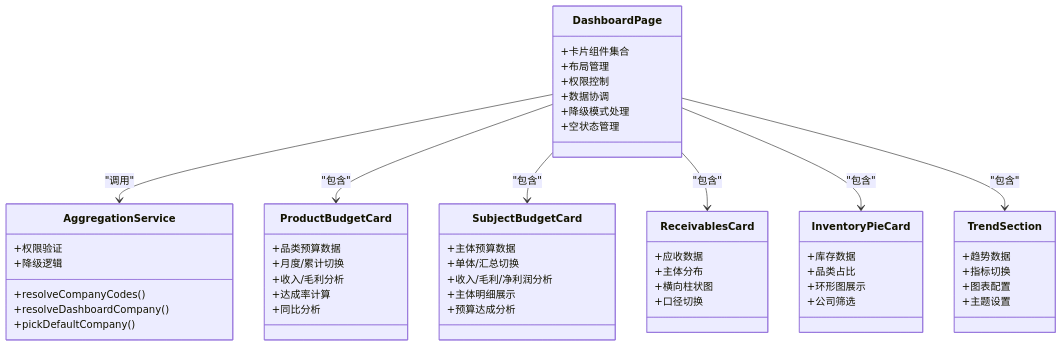
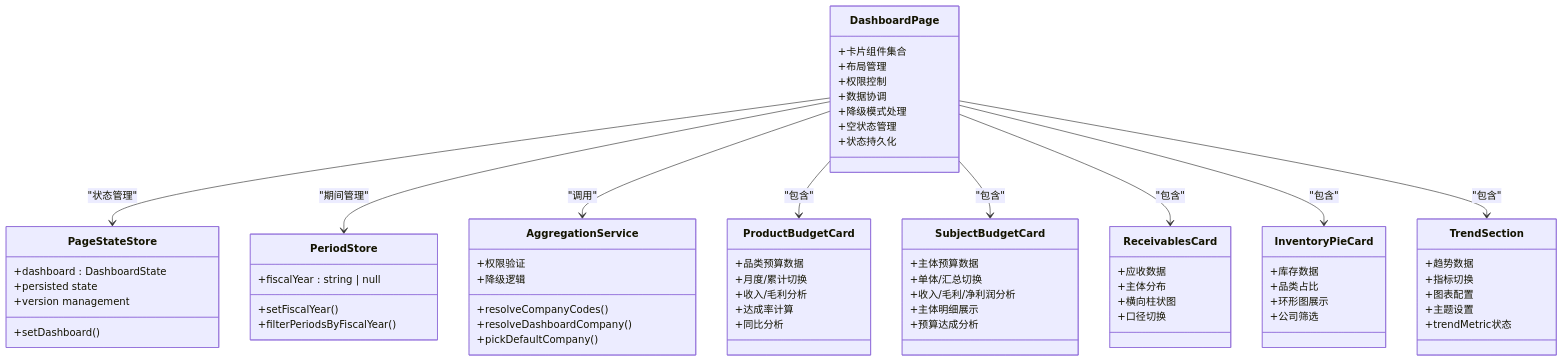
One commit to Damao997/newproject changed the third of 4 diagrams in .qoder/repowiki/zh/content/页面组件/仪表板页面.md. Above: the diagram before and after it, drawn with Mermaid. The commit also changed other lines of this file and 22 other files, not shown here.

````diff
--- a/.qoder/repowiki/zh/content/页面组件/仪表板页面.md
+++ b/.qoder/repowiki/zh/content/页面组件/仪表板页面.md
@@ -277,56 +315,71 @@
 ```mermaid
 classDiagram
 class DashboardPage {
 +卡片组件集合
 +布局管理
 +权限控制
 +数据协调
 +降级模式处理
 +空状态管理
++状态持久化
+}
+class PageStateStore {
++dashboard : DashboardState
++setDashboard()
++persisted state
++version management
+}
+class PeriodStore {
++fiscalYear : string | null
++setFiscalYear()
++filterPeriodsByFiscalYear()
 }
 class AggregationService {
 +resolveCompanyCodes()
 +resolveDashboardCompany()
 +pickDefaultCompany()
 +权限验证
 +降级逻辑
 }
 class ProductBudgetCard {
 +品类预算数据
 +月度/累计切换
 +收入/毛利分析
 +达成率计算
 +同比分析
 }
 class SubjectBudgetCard {
 +主体预算数据
 +单体/汇总切换
 +收入/毛利/净利润分析
 +主体明细展示
 +预算达成分析
 }
 class ReceivablesCard {
 +应收数据
 +主体分布
 +横向柱状图
 +口径切换
 }
 class InventoryPieCard {
 +库存数据
 +品类占比
 +环形图展示
 +公司筛选
 }
 class TrendSection {
 +趋势数据
 +指标切换
 +图表配置
 +主题设置
++trendMetric状态
 }
+DashboardPage --> PageStateStore : "状态管理"
+DashboardPage --> PeriodStore : "期间管理"
 DashboardPage --> AggregationService : "调用"
 DashboardPage --> ProductBudgetCard : "包含"
 DashboardPage --> SubjectBudgetCard : "包含"
 DashboardPage --> ReceivablesCard : "包含"
 DashboardPage --> InventoryPieCard : "包含"
 DashboardPage --> TrendSection : "包含"
 ```
````
